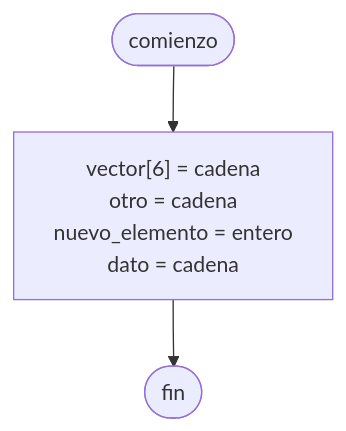
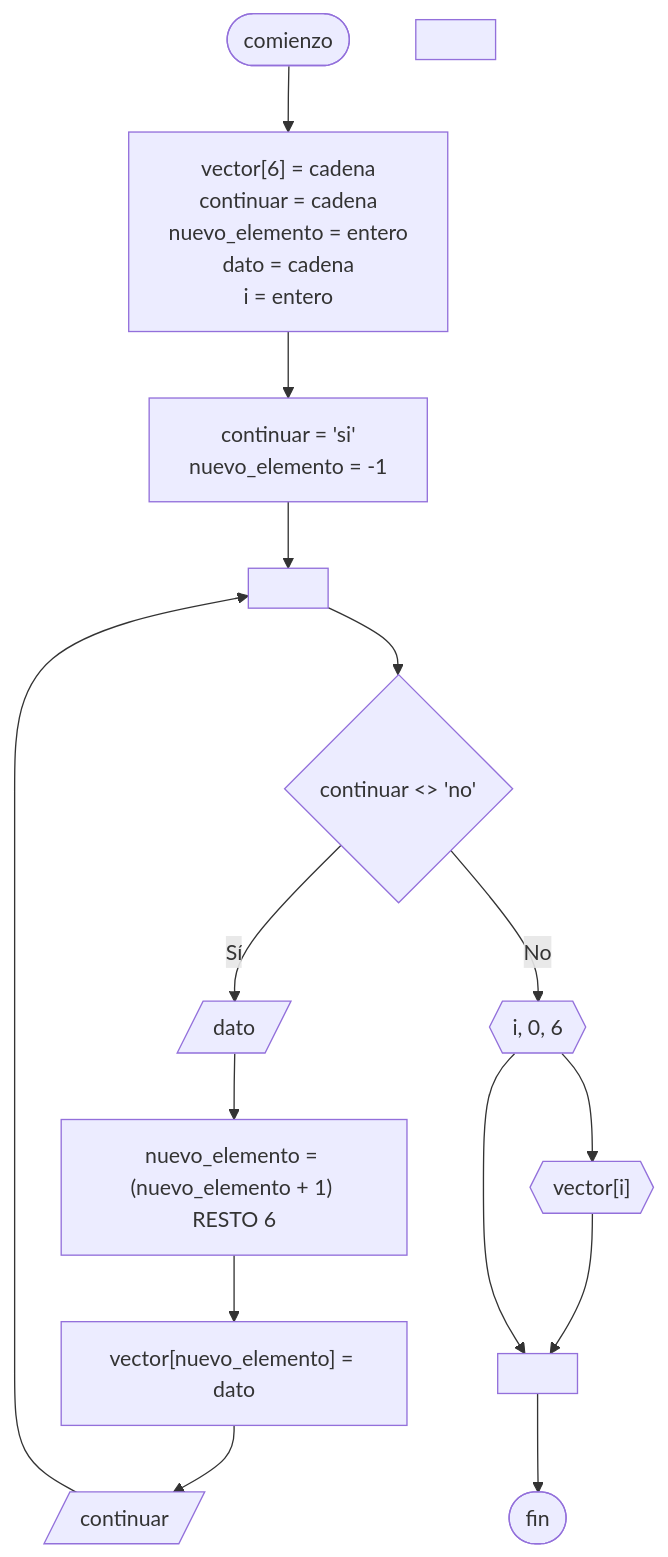
Before and after one commit to martinstanicio/ingenieria-en-sistemas: the diagram in Algoritmos y Estructuras de Datos/Vector circular.md, drawn with Mermaid. The commit also changed other lines of this file and 5 other files, not shown here.

````diff
--- a/Algoritmos y Estructuras de Datos/Vector circular.md
+++ b/Algoritmos y Estructuras de Datos/Vector circular.md
@@ -23,13 +23,31 @@
 ```mermaid
 flowchart TB
 	comienzo([comienzo])
     
 	declaracion["`vector[6] = cadena
-	otro = cadena
+	continuar = cadena
 	nuevo_elemento = entero
-	dato = cadena`"]
-        
+	dato = cadena
+	i = entero`"]
+	inicializar["`continuar = 'si'
+	nuevo_elemento = -1`"]
+	
+	while{"continuar <> 'no'"}
+	dato[/dato/]
+	nuevo_elemento["nuevo_elemento = (nuevo_elemento + 1) RESTO 6"]
+	vector["vector[nuevo_elemento] = dato"]
+	continuar[/continuar/]
+	
+	for{{"i, 0, 6"}}
+	mostrar{{"vector[i]"}}
+    
 	fin([fin])
+	
+	a[" "]
+	b[" "]
+	c[" "]
     
-	comienzo --> declaracion --> fin
+	comienzo --> declaracion --> inicializar --> a --> while -- "Sí" --> dato --> nuevo_elemento --> vector --> continuar --> a
+	while -- "No" --> for --> mostrar --> b --> fin
+	for --> b
 ```
````
